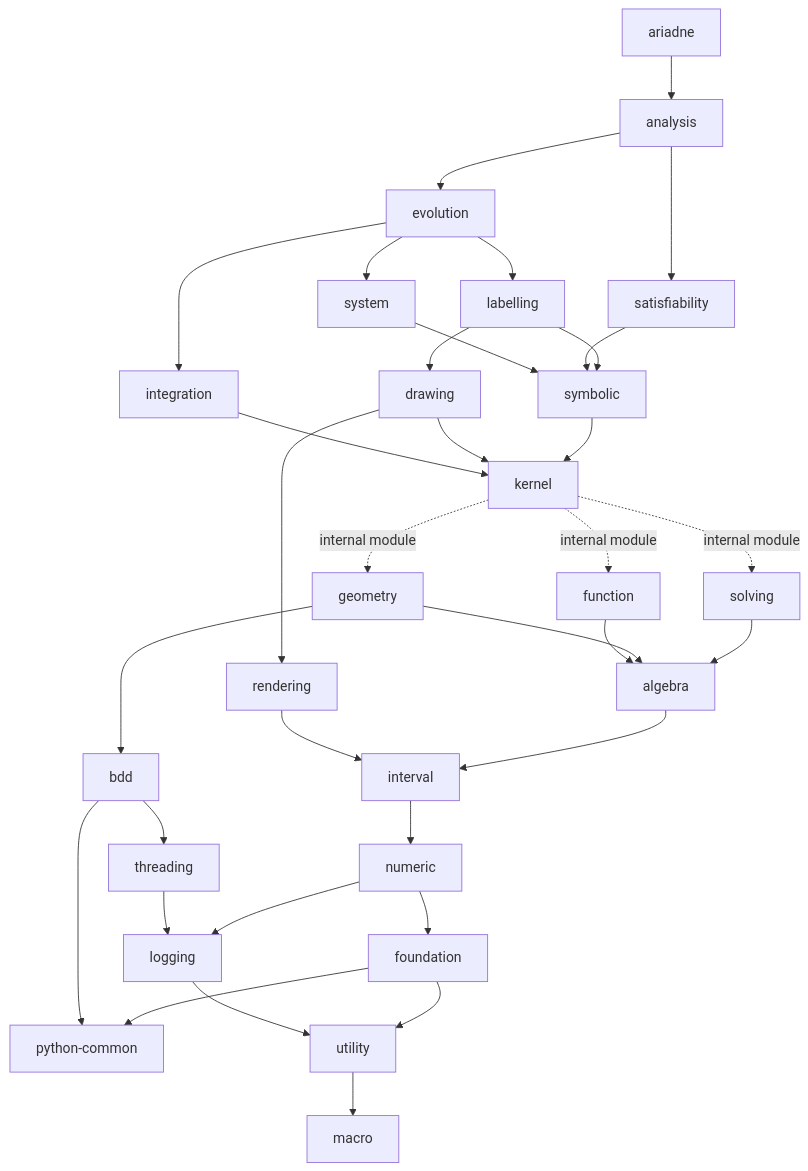
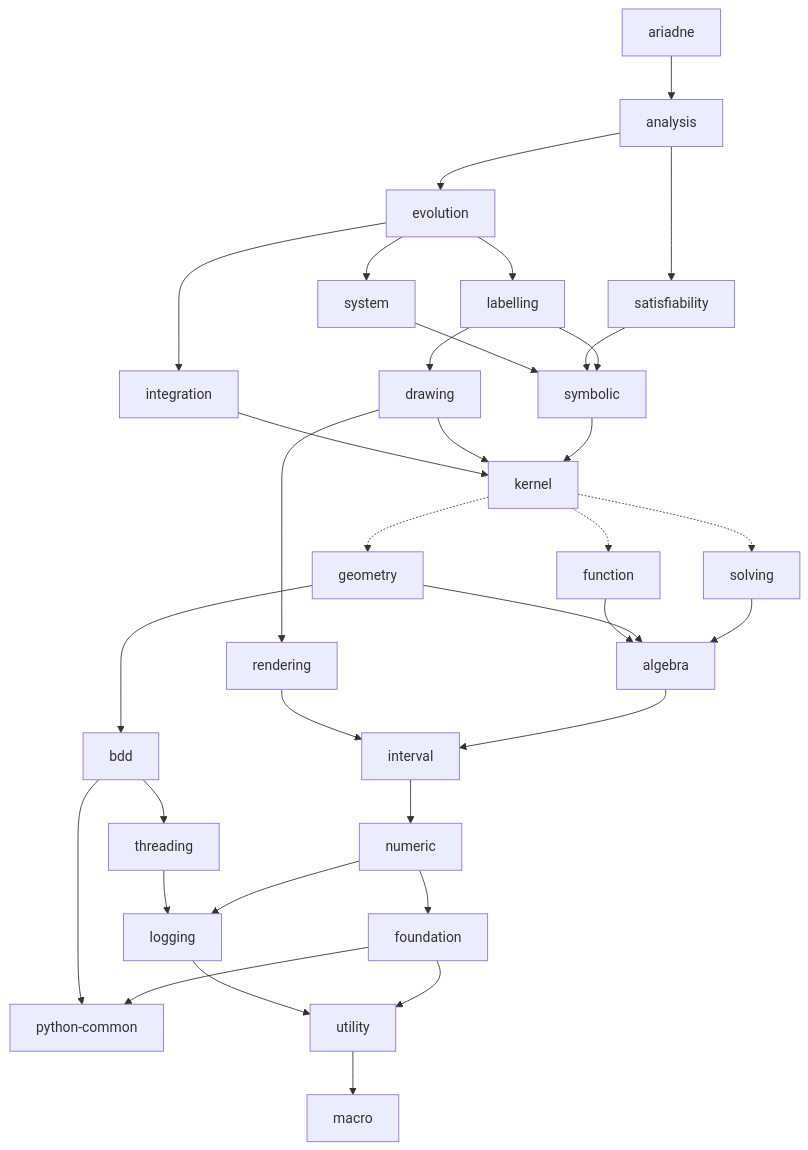
One commit to ariadne-cps/ariadne changed the diagram in doc/decoupling/structure.md. Above: the diagram before and after it, drawn with Mermaid.

Commit message:
docs: remove labels from kernel internal-module edges

````diff
--- a/doc/decoupling/structure.md
+++ b/doc/decoupling/structure.md
@@ -38,50 +38,50 @@
 ```mermaid
 graph TD
     ariadne --> analysis
 
     analysis --> evolution
     analysis --> satisfiability
 
     evolution --> integration
     evolution --> system
     evolution --> labelling
 
     integration --> kernel
 
     system --> symbolic
 
     satisfiability --> symbolic
 
     labelling --> symbolic
     labelling --> drawing
 
     drawing --> rendering
     drawing --> kernel
 
     symbolic --> kernel
 
     function --> algebra
     geometry --> algebra
     solving --> algebra
     geometry --> bdd
     rendering --> interval
 
-    kernel -. internal module .-> function
-    kernel -. internal module .-> geometry
-    kernel -. internal module .-> solving
+    kernel -.-> function
+    kernel -.-> geometry
+    kernel -.-> solving
 
     bdd --> threading
     bdd --> python_common["python-common"]
 
     threading --> logging
     logging --> utility
     utility --> macro
 
     algebra --> interval
     interval --> numeric
     numeric --> foundation
     numeric --> logging
 
     foundation --> utility
     foundation --> python_common
 ```
````
